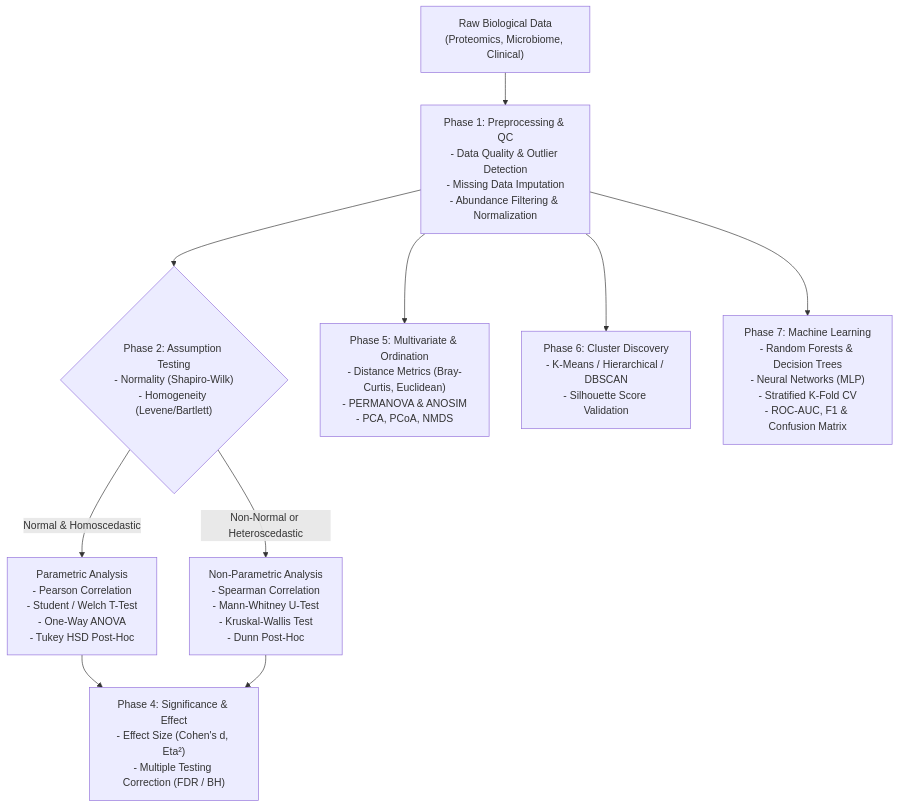
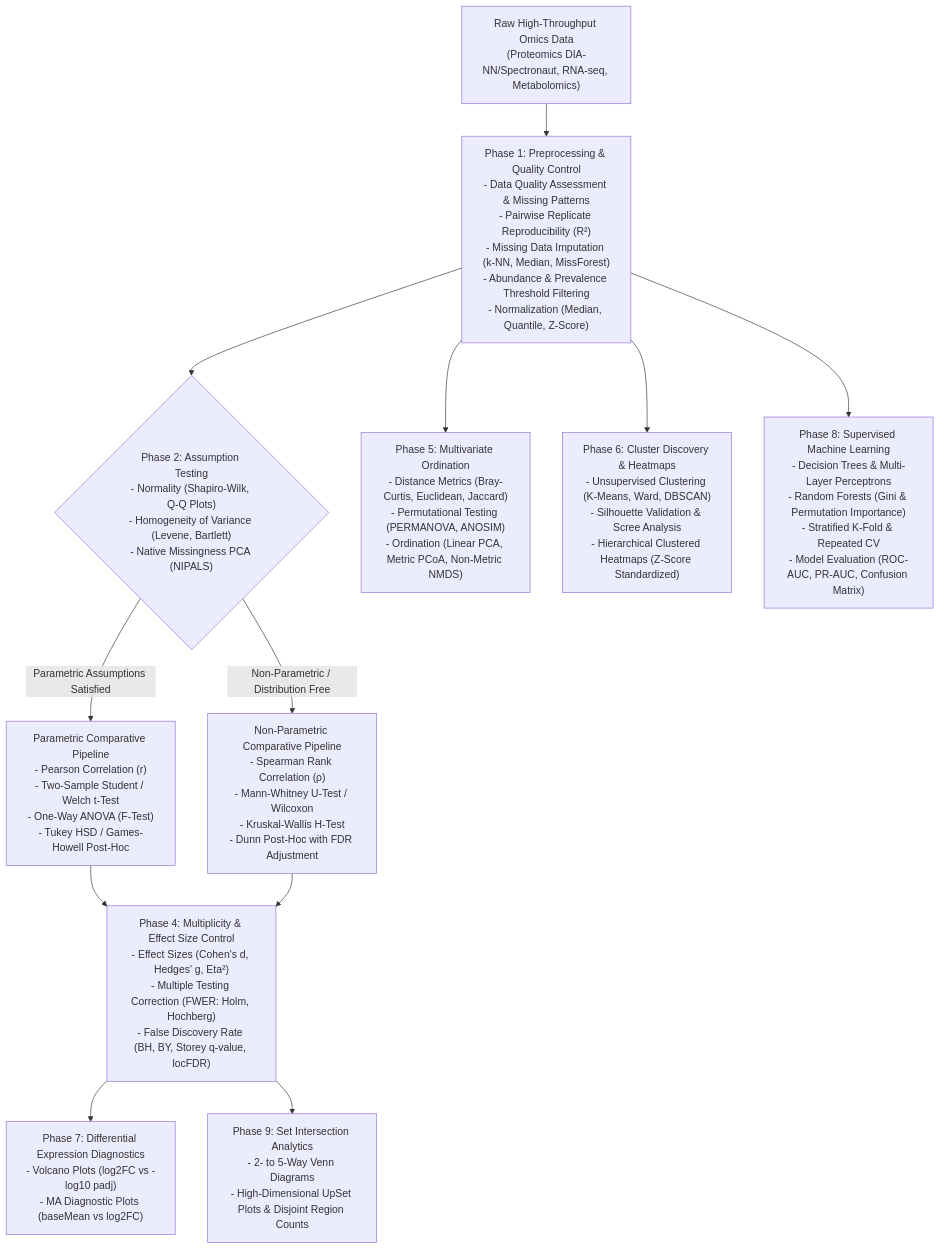
Before and after one commit to UrsKindler/biostatistics_in_python: the diagram in README.md, drawn with Mermaid. The commit also changed other lines of this file and 5 other files, not shown here.

````diff
--- a/README.md
+++ b/README.md
@@ -55,18 +65,57 @@
 ```mermaid
 flowchart TD
-    A["Raw Biological Data\n(Proteomics, Microbiome, Clinical)"] --> B["Phase 1: Preprocessing & QC\n- Data Quality & Outlier Detection\n- Missing Data Imputation\n- Abundance Filtering & Normalization"]
+    A["Raw High-Throughput Omics Data
+(Proteomics DIA-NN/Spectronaut, RNA-seq, Metabolomics)"] --> B["Phase 1: Preprocessing & Quality Control
+- Data Quality Assessment & Missing Patterns
+- Pairwise Replicate Reproducibility (R²)
+- Missing Data Imputation (k-NN, Median, MissForest)
+- Abundance & Prevalence Threshold Filtering
+- Normalization (Median, Quantile, Z-Score)"]
     
-    B --> C{"Phase 2: Assumption Testing\n- Normality (Shapiro-Wilk)\n- Homogeneity (Levene/Bartlett)"}
+    B --> C{"Phase 2: Assumption Testing
+- Normality (Shapiro-Wilk, Q-Q Plots)
+- Homogeneity of Variance (Levene, Bartlett)
+- Native Missingness PCA (NIPALS)"}
     
-    C -->|"Normal & Homoscedastic"| D["Parametric Analysis\n- Pearson Correlation\n- Student / Welch T-Test\n- One-Way ANOVA\n- Tukey HSD Post-Hoc"]
-    C -->|"Non-Normal or Heteroscedastic"| E["Non-Parametric Analysis\n- Spearman Correlation\n- Mann-Whitney U-Test\n- Kruskal-Wallis Test\n- Dunn Post-Hoc"]
+    C -->|"Parametric Assumptions Satisfied"| D["Parametric Comparative Pipeline
+- Pearson Correlation (r)
+- Two-Sample Student / Welch t-Test
+- One-Way ANOVA (F-Test)
+- Tukey HSD / Games-Howell Post-Hoc"]
     
-    D --> F["Phase 4: Significance & Effect\n- Effect Size (Cohen's d, Eta²)\n- Multiple Testing Correction (FDR / BH)"]
+    C -->|"Non-Parametric / Distribution Free"| E["Non-Parametric Comparative Pipeline
+- Spearman Rank Correlation (ρ)
+- Mann-Whitney U-Test / Wilcoxon
+- Kruskal-Wallis H-Test
+- Dunn Post-Hoc with FDR Adjustment"]
+    
+    D --> F["Phase 4: Multiplicity & Effect Size Control
+- Effect Sizes (Cohen's d, Hedges' g, Eta²)
+- Multiple Testing Correction (FWER: Holm, Hochberg)
+- False Discovery Rate (BH, BY, Storey q-value, locFDR)"]
     E --> F
     
-    B --> G["Phase 5: Multivariate & Ordination\n- Distance Metrics (Bray-Curtis, Euclidean)\n- PERMANOVA & ANOSIM\n- PCA, PCoA, NMDS"]
+    B --> G["Phase 5: Multivariate Ordination
+- Distance Metrics (Bray-Curtis, Euclidean, Jaccard)
+- Permutational Testing (PERMANOVA, ANOSIM)
+- Ordination (Linear PCA, Metric PCoA, Non-Metric NMDS)"]
     
-    B --> H["Phase 6: Cluster Discovery\n- K-Means / Hierarchical / DBSCAN\n- Silhouette Score Validation"]
+    B --> H["Phase 6: Cluster Discovery & Heatmaps
+- Unsupervised Clustering (K-Means, Ward, DBSCAN)
+- Silhouette Validation & Scree Analysis
+- Hierarchical Clustered Heatmaps (Z-Score Standardized)"]
     
-    B --> I["Phase 7: Machine Learning\n- Random Forests & Decision Trees\n- Neural Networks (MLP)\n- Stratified K-Fold CV\n- ROC-AUC, F1 & Confusion Matrix"]
+    F --> J["Phase 7: Differential Expression Diagnostics
+- Volcano Plots (log2FC vs -log10 padj)
+- MA Diagnostic Plots (baseMean vs log2FC)"]
+    
+    B --> K["Phase 8: Supervised Machine Learning
+- Decision Trees & Multi-Layer Perceptrons
+- Random Forests (Gini & Permutation Importance)
+- Stratified K-Fold & Repeated CV
+- Model Evaluation (ROC-AUC, PR-AUC, Confusion Matrix)"]
+    
+    F --> L["Phase 9: Set Intersection Analytics
+- 2- to 5-Way Venn Diagrams
+- High-Dimensional UpSet Plots & Disjoint Region Counts"]
 ```
````
